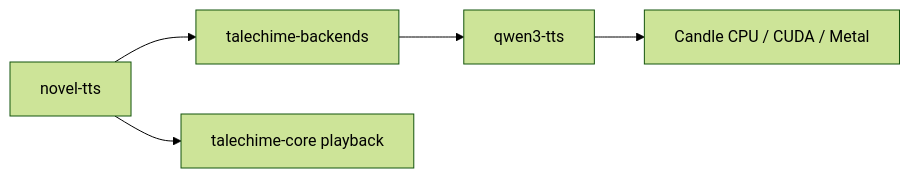
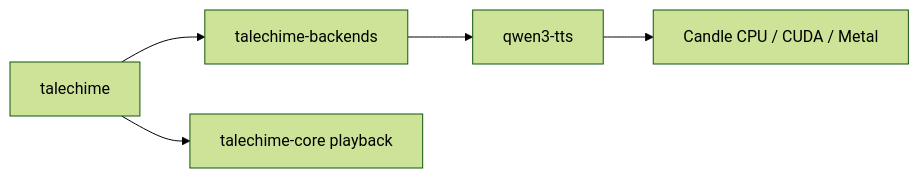
Before and after one commit to yexiyue/talechime: the diagram in crates/qwen3-tts/README.md, drawn with Mermaid (forest theme). The commit also changed other lines of this file and 56 other files, not shown here.

````diff
--- a/crates/qwen3-tts/README.md
+++ b/crates/qwen3-tts/README.md
@@ -14,7 +14,7 @@
 ```mermaid
 flowchart LR
-    Worker[novel-tts] --> Adapter[talechime-backends]
+    Worker[talechime] --> Adapter[talechime-backends]
     Adapter --> Model[qwen3-tts]
     Model --> Candle[Candle CPU / CUDA / Metal]
     Worker --> Core[talechime-core playback]
 ```
````
